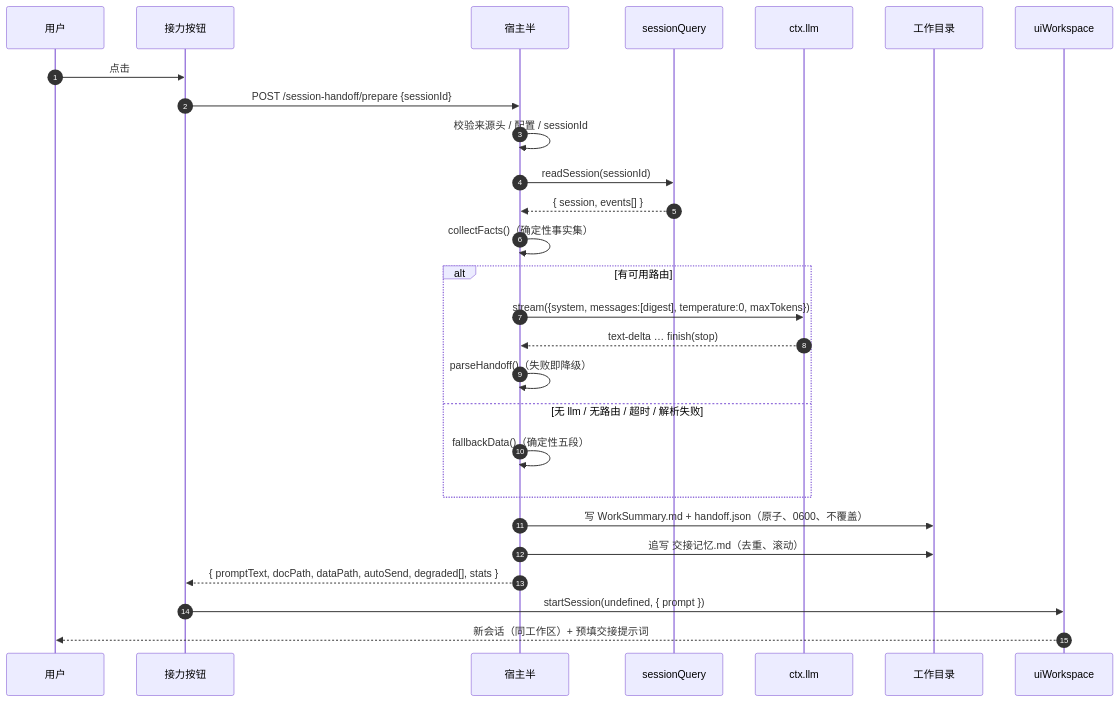
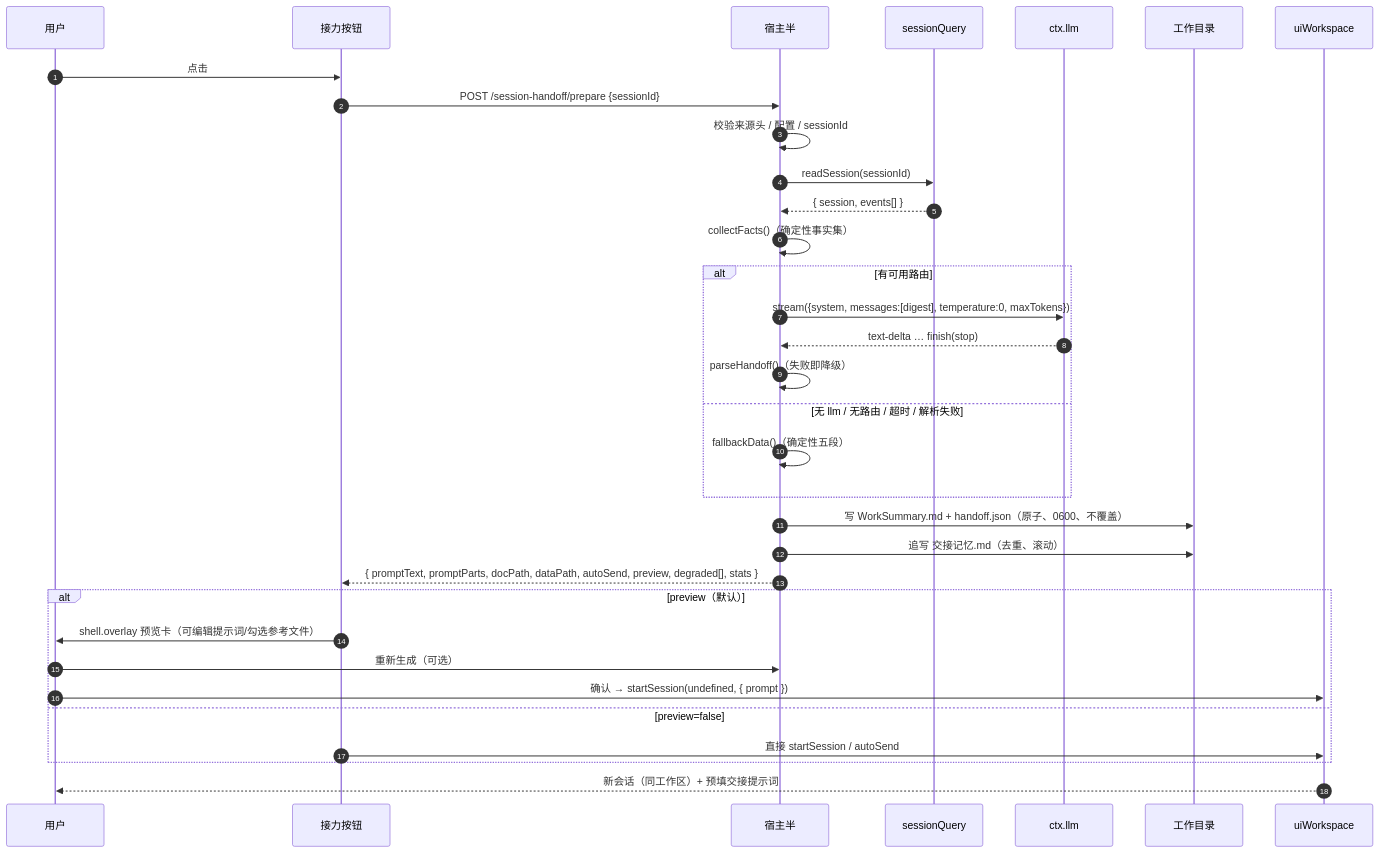
One commit to yangsong608/dsh-session-handoff changed the second of 2 diagrams in docs/03-技术设计.md. Above: the diagram before and after it, drawn with Mermaid. The commit also changed other lines of this file and 14 other files, not shown here.

````diff
--- a/docs/03-技术设计.md
+++ b/docs/03-技术设计.md
@@ -150,30 +158,36 @@
 ```mermaid
 sequenceDiagram
   autonumber
   participant U as 用户
   participant Btn as 接力按钮
   participant Host as 宿主半
   participant SQ as sessionQuery
   participant LLM as ctx.llm
   participant FS as 工作目录
   participant Nav as uiWorkspace
 
   U->>Btn: 点击
   Btn->>Host: POST /session-handoff/prepare {sessionId}
   Host->>Host: 校验来源头 / 配置 / sessionId
   Host->>SQ: readSession(sessionId)
   SQ-->>Host: { session, events[] }
   Host->>Host: collectFacts()（确定性事实集）
   alt 有可用路由
     Host->>LLM: stream({system, messages:[digest], temperature:0, maxTokens})
     LLM-->>Host: text-delta … finish(stop)
     Host->>Host: parseHandoff()（失败即降级）
   else 无 llm / 无路由 / 超时 / 解析失败
     Host->>Host: fallbackData()（确定性五段）
   end
   Host->>FS: 写 WorkSummary.md + handoff.json（原子、0600、不覆盖）
   Host->>FS: 追写 交接记忆.md（去重、滚动）
-  Host-->>Btn: { promptText, docPath, dataPath, autoSend, degraded[], stats }
-  Btn->>Nav: startSession(undefined, { prompt })
+  Host-->>Btn: { promptText, promptParts, docPath, dataPath, autoSend, preview, degraded[], stats }
+  alt preview（默认）
+    Btn->>U: shell.overlay 预览卡（可编辑提示词/勾选参考文件）
+    U->>Host: 重新生成（可选）
+    U->>Nav: 确认 → startSession(undefined, { prompt })
+  else preview=false
+    Btn->>Nav: 直接 startSession / autoSend
+  end
   Nav-->>U: 新会话（同工作区）+ 预填交接提示词
 ```
````
